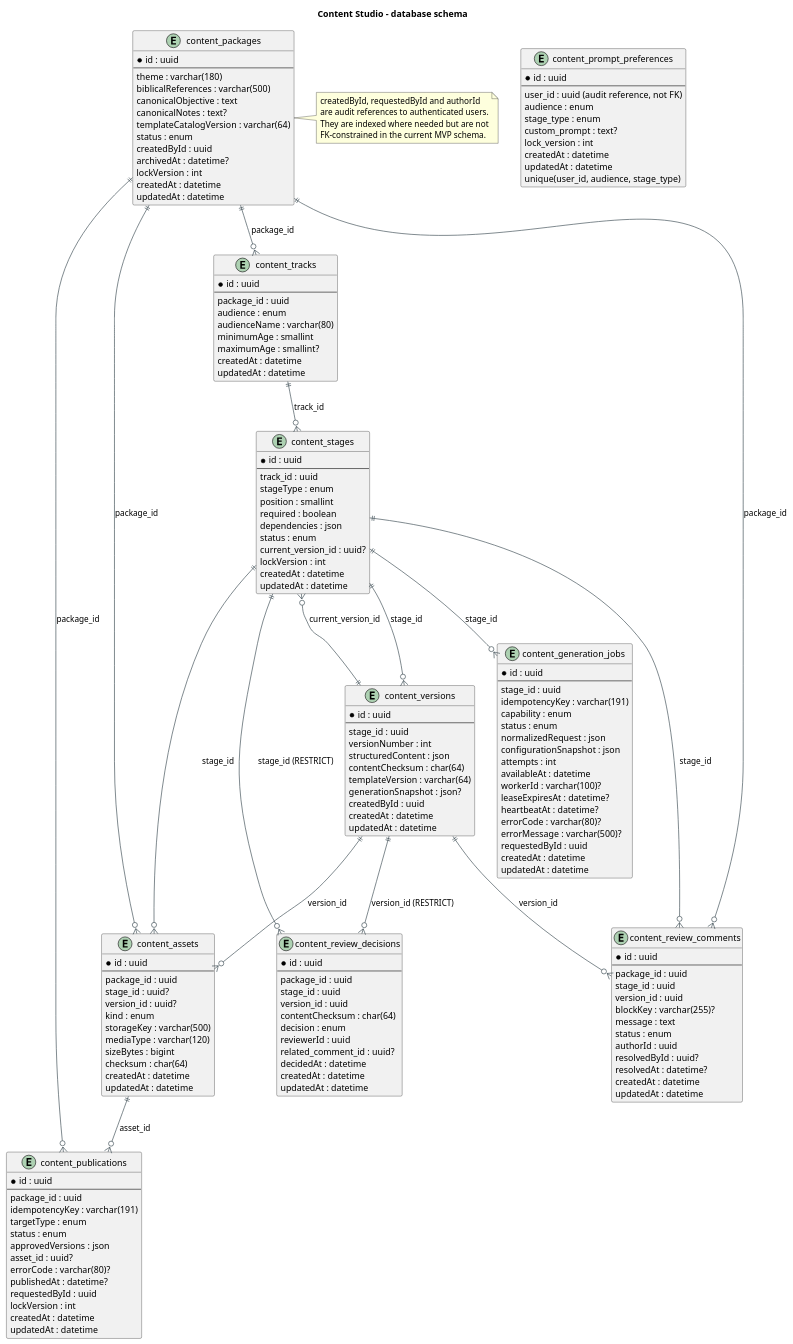
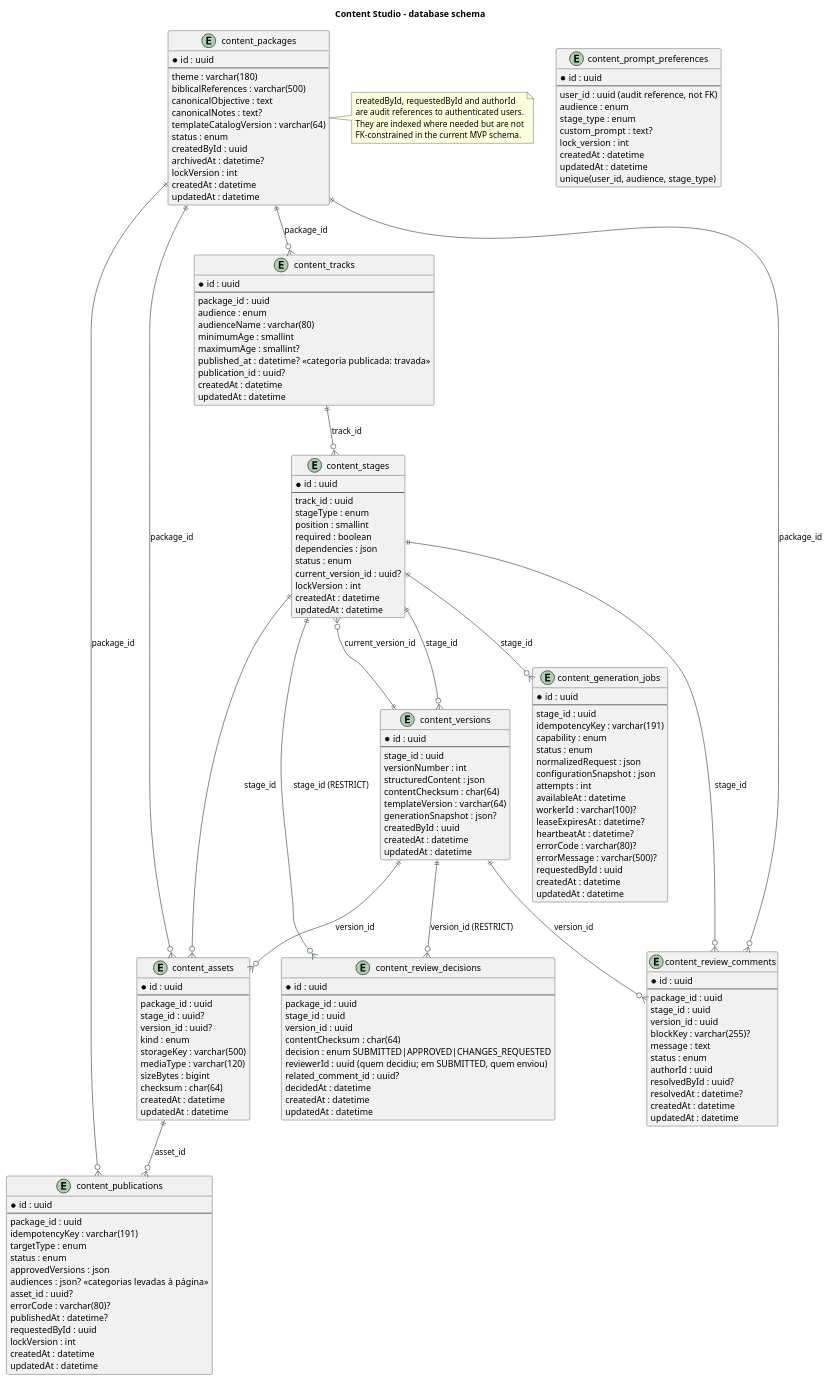
One commit to orfanatonib/orfanatonib-api changed the diagram in docs/diagrams/database/content-studio-schema.puml. Above: the diagram before and after it, drawn with PlantUML. The commit also changed 74 other files, not shown here.

```diff
--- a/docs/diagrams/database/content-studio-schema.puml
+++ b/docs/diagrams/database/content-studio-schema.puml
@@ -1,186 +1,189 @@
 @startuml content-studio-schema
 title Content Studio - database schema
 
 skinparam shadowing false
 skinparam defaultFontName Helvetica
 skinparam ArrowColor #37474F
 skinparam EntityBorderColor #37474F
 
 entity "content_packages" as packages {
   * id : uuid
   --
   theme : varchar(180)
   biblicalReferences : varchar(500)
   canonicalObjective : text
   canonicalNotes : text?
   templateCatalogVersion : varchar(64)
   status : enum
   createdById : uuid
   archivedAt : datetime?
   lockVersion : int
   createdAt : datetime
   updatedAt : datetime
 }
 
 entity "content_tracks" as tracks {
   * id : uuid
   --
   package_id : uuid
   audience : enum
   audienceName : varchar(80)
   minimumAge : smallint
   maximumAge : smallint?
+  published_at : datetime?  <<categoria publicada: travada>>
+  publication_id : uuid?
   createdAt : datetime
   updatedAt : datetime
 }
 
 entity "content_stages" as stages {
   * id : uuid
   --
   track_id : uuid
   stageType : enum
   position : smallint
   required : boolean
   dependencies : json
   status : enum
   current_version_id : uuid?
   lockVersion : int
   createdAt : datetime
   updatedAt : datetime
 }
 
 entity "content_versions" as versions {
   * id : uuid
   --
   stage_id : uuid
   versionNumber : int
   structuredContent : json
   contentChecksum : char(64)
   templateVersion : varchar(64)
   generationSnapshot : json?
   createdById : uuid
   createdAt : datetime
   updatedAt : datetime
 }
 
 entity "content_generation_jobs" as jobs {
   * id : uuid
   --
   stage_id : uuid
   idempotencyKey : varchar(191)
   capability : enum
   status : enum
   normalizedRequest : json
   configurationSnapshot : json
   attempts : int
   availableAt : datetime
   workerId : varchar(100)?
   leaseExpiresAt : datetime?
   heartbeatAt : datetime?
   errorCode : varchar(80)?
   errorMessage : varchar(500)?
   requestedById : uuid
   createdAt : datetime
   updatedAt : datetime
 }
 
 entity "content_assets" as assets {
   * id : uuid
   --
   package_id : uuid
   stage_id : uuid?
   version_id : uuid?
   kind : enum
   storageKey : varchar(500)
   mediaType : varchar(120)
   sizeBytes : bigint
   checksum : char(64)
   createdAt : datetime
   updatedAt : datetime
 }
 
 entity "content_review_comments" as comments {
   * id : uuid
   --
   package_id : uuid
   stage_id : uuid
   version_id : uuid
   blockKey : varchar(255)?
   message : text
   status : enum
   authorId : uuid
   resolvedById : uuid?
   resolvedAt : datetime?
   createdAt : datetime
   updatedAt : datetime
 }
 
 entity "content_review_decisions" as decisions {
   * id : uuid
   --
   package_id : uuid
   stage_id : uuid
   version_id : uuid
   contentChecksum : char(64)
-  decision : enum
-  reviewerId : uuid
+  decision : enum SUBMITTED|APPROVED|CHANGES_REQUESTED
+  reviewerId : uuid (quem decidiu; em SUBMITTED, quem enviou)
   related_comment_id : uuid?
   decidedAt : datetime
   createdAt : datetime
   updatedAt : datetime
 }
 
 entity "content_publications" as publications {
   * id : uuid
   --
   package_id : uuid
   idempotencyKey : varchar(191)
   targetType : enum
   status : enum
   approvedVersions : json
+  audiences : json?  <<categorias levadas à página>>
   asset_id : uuid?
   errorCode : varchar(80)?
   publishedAt : datetime?
   requestedById : uuid
   lockVersion : int
   createdAt : datetime
   updatedAt : datetime
 }
 
 packages ||--o{ tracks : package_id
 tracks ||--o{ stages : track_id
 stages ||--o{ versions : stage_id
 versions ||--o{ stages : current_version_id
 stages ||--o{ jobs : stage_id
 packages ||--o{ assets : package_id
 stages ||--o{ assets : stage_id
 versions ||--o{ assets : version_id
 packages ||--o{ comments : package_id
 entity "content_prompt_preferences" as promptprefs {
   * id : uuid
   --
   user_id : uuid (audit reference, not FK)
   audience : enum
   stage_type : enum
   custom_prompt : text?
   lock_version : int
   createdAt : datetime
   updatedAt : datetime
   unique(user_id, audience, stage_type)
 }
 
 stages ||--o{ comments : stage_id
 versions ||--o{ comments : version_id
 stages ||--o{ decisions : stage_id (RESTRICT)
 versions ||--o{ decisions : version_id (RESTRICT)
 packages ||--o{ publications : package_id
 assets ||--o{ publications : asset_id
 
 note right of packages
   createdById, requestedById and authorId
   are audit references to authenticated users.
   They are indexed where needed but are not
   FK-constrained in the current MVP schema.
 end note
 
 @enduml
```
